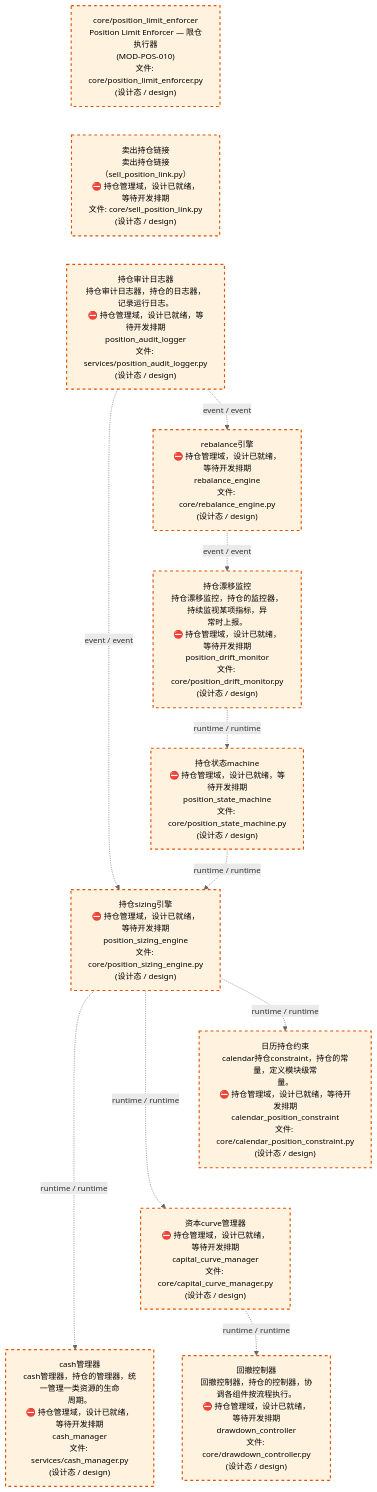
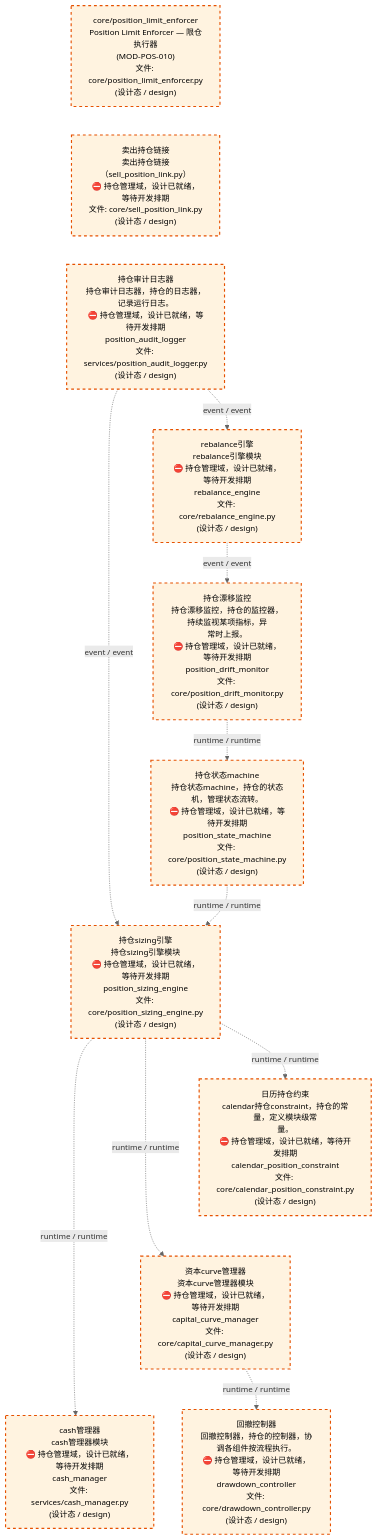
One commit to xuanFelixVan/ZephyrAlpha changed the third of 4 diagrams in docs/02_enterprise_architecture/02_domain_architecture_docs/64_d_position.md. Above: the diagram before and after it, drawn with Mermaid. The commit also changed other lines of this file and 58 other files, not shown here.

````diff
--- a/docs/02_enterprise_architecture/02_domain_architecture_docs/64_d_position.md
+++ b/docs/02_enterprise_architecture/02_domain_architecture_docs/64_d_position.md
@@ -125,33 +125,33 @@
 ```mermaid
 %%{init: {'theme': 'base', 'themeVariables': {'primaryColor': '#eaeaea', 'primaryTextColor': '#333333', 'primaryBorderColor': '#666666', 'lineColor': '#666666', 'secondaryColor': '#eaeaea', 'tertiaryColor': '#eaeaea', 'fontSize': '14px'}}}%%
 flowchart TD
     src_zephyr_position_core_position_limit_enforcer_py["core/position_limit_enforcer<br/>Position Limit Enforcer — 限仓执行器<br/>(MOD-POS-010)<br/>文件: core/position_limit_enforcer.py<br/>(设计态 / design)"]
     src_zephyr_position_core_sell_position_link_py["卖出持仓链接<br/>卖出持仓链接（sell_position_link.py）<br/>⛔ 持仓管理域，设计已就绪，等待开发排期<br/>文件: core/sell_position_link.py<br/>(设计态 / design)"]
     src_zephyr_position_services_position_audit_logger_py["持仓审计日志器<br/>持仓审计日志器，持仓的日志器，记录运行日志。<br/>⛔ 持仓管理域，设计已就绪，等待开发排期<br/>position_audit_logger<br/>文件: services/position_audit_logger.py<br/>(设计态 / design)"]
     src_zephyr_position_core_position_limit_enforcer_py ~~~ src_zephyr_position_core_sell_position_link_py
     src_zephyr_position_core_sell_position_link_py ~~~ src_zephyr_position_services_position_audit_logger_py
-    src_zephyr_position_core_rebalance_engine_py["rebalance引擎<br/>⛔ 持仓管理域，设计已就绪，等待开发排期<br/>rebalance_engine<br/>文件: core/rebalance_engine.py<br/>(设计态 / design)"]
+    src_zephyr_position_core_rebalance_engine_py["rebalance引擎<br/>rebalance引擎模块<br/>⛔ 持仓管理域，设计已就绪，等待开发排期<br/>rebalance_engine<br/>文件: core/rebalance_engine.py<br/>(设计态 / design)"]
     src_zephyr_position_core_position_drift_monitor_py["持仓漂移监控<br/>持仓漂移监控，持仓的监控器，持续监视某项指标，异<br/>常时上报。<br/>⛔ 持仓管理域，设计已就绪，等待开发排期<br/>position_drift_monitor<br/>文件: core/position_drift_monitor.py<br/>(设计态 / design)"]
-    src_zephyr_position_core_position_state_machine_py["持仓状态machine<br/>⛔ 持仓管理域，设计已就绪，等待开发排期<br/>position_state_machine<br/>文件: core/position_state_machine.py<br/>(设计态 / design)"]
-    src_zephyr_position_core_position_sizing_engine_py["持仓sizing引擎<br/>⛔ 持仓管理域，设计已就绪，等待开发排期<br/>position_sizing_engine<br/>文件: core/position_sizing_engine.py<br/>(设计态 / design)"]
+    src_zephyr_position_core_position_state_machine_py["持仓状态machine<br/>持仓状态machine，持仓的状态机，管理状态流转。<br/>⛔ 持仓管理域，设计已就绪，等待开发排期<br/>position_state_machine<br/>文件: core/position_state_machine.py<br/>(设计态 / design)"]
+    src_zephyr_position_core_position_sizing_engine_py["持仓sizing引擎<br/>持仓sizing引擎模块<br/>⛔ 持仓管理域，设计已就绪，等待开发排期<br/>position_sizing_engine<br/>文件: core/position_sizing_engine.py<br/>(设计态 / design)"]
     src_zephyr_position_core_calendar_position_constraint_py["日历持仓约束<br/>calendar持仓constraint，持仓的常量，定义模块级常<br/>量。<br/>⛔ 持仓管理域，设计已就绪，等待开发排期<br/>calendar_position_constraint<br/>文件: core/calendar_position_constraint.py<br/>(设计态 / design)"]
-    src_zephyr_position_core_capital_curve_manager_py["资本curve管理器<br/>⛔ 持仓管理域，设计已就绪，等待开发排期<br/>capital_curve_manager<br/>文件: core/capital_curve_manager.py<br/>(设计态 / design)"]
-    src_zephyr_position_services_cash_manager_py["cash管理器<br/>cash管理器，持仓的管理器，统一管理一类资源的生命<br/>周期。<br/>⛔ 持仓管理域，设计已就绪，等待开发排期<br/>cash_manager<br/>文件: services/cash_manager.py<br/>(设计态 / design)"]
+    src_zephyr_position_core_capital_curve_manager_py["资本curve管理器<br/>资本curve管理器模块<br/>⛔ 持仓管理域，设计已就绪，等待开发排期<br/>capital_curve_manager<br/>文件: core/capital_curve_manager.py<br/>(设计态 / design)"]
+    src_zephyr_position_services_cash_manager_py["cash管理器<br/>cash管理器模块<br/>⛔ 持仓管理域，设计已就绪，等待开发排期<br/>cash_manager<br/>文件: services/cash_manager.py<br/>(设计态 / design)"]
     src_zephyr_position_core_calendar_position_constraint_py ~~~ src_zephyr_position_core_capital_curve_manager_py
     src_zephyr_position_core_capital_curve_manager_py ~~~ src_zephyr_position_services_cash_manager_py
     src_zephyr_position_core_drawdown_controller_py["回撤控制器<br/>回撤控制器，持仓的控制器，协调各组件按流程执行。<br/>⛔ 持仓管理域，设计已就绪，等待开发排期<br/>drawdown_controller<br/>文件: core/drawdown_controller.py<br/>(设计态 / design)"]
     src_zephyr_position_core_position_sizing_engine_py -.->|runtime / runtime| src_zephyr_position_services_cash_manager_py
     src_zephyr_position_core_position_sizing_engine_py -.->|runtime / runtime| src_zephyr_position_core_capital_curve_manager_py
     src_zephyr_position_core_position_sizing_engine_py -.->|runtime / runtime| src_zephyr_position_core_calendar_position_constraint_py
     src_zephyr_position_core_position_state_machine_py -.->|runtime / runtime| src_zephyr_position_core_position_sizing_engine_py
     src_zephyr_position_core_position_drift_monitor_py -.->|runtime / runtime| src_zephyr_position_core_position_state_machine_py
     src_zephyr_position_core_rebalance_engine_py -.->|event / event| src_zephyr_position_core_position_drift_monitor_py
     src_zephyr_position_core_capital_curve_manager_py -.->|runtime / runtime| src_zephyr_position_core_drawdown_controller_py
     src_zephyr_position_services_position_audit_logger_py -.->|event / event| src_zephyr_position_core_position_sizing_engine_py
     src_zephyr_position_services_position_audit_logger_py -.->|event / event| src_zephyr_position_core_rebalance_engine_py
     classDef production fill:#e1f5fe,stroke:#01579b,stroke-width:2px,color:#000
     classDef design fill:#fff3e0,stroke:#e65100,stroke-width:2px,color:#000,stroke-dasharray: 5 5
     classDef external_prod fill:#e8f4fd,stroke:#0277bd,stroke-width:1px,color:#000
     classDef external_design fill:#fff8e7,stroke:#ef6c00,stroke-width:1px,color:#000,stroke-dasharray: 5 5
     class src_zephyr_position_core_calendar_position_constraint_py,src_zephyr_position_core_capital_curve_manager_py,src_zephyr_position_core_drawdown_controller_py,src_zephyr_position_core_position_drift_monitor_py,src_zephyr_position_core_position_limit_enforcer_py,src_zephyr_position_core_position_sizing_engine_py,src_zephyr_position_core_position_state_machine_py,src_zephyr_position_core_rebalance_engine_py,src_zephyr_position_core_sell_position_link_py,src_zephyr_position_services_cash_manager_py,src_zephyr_position_services_position_audit_logger_py design
 ```
````
